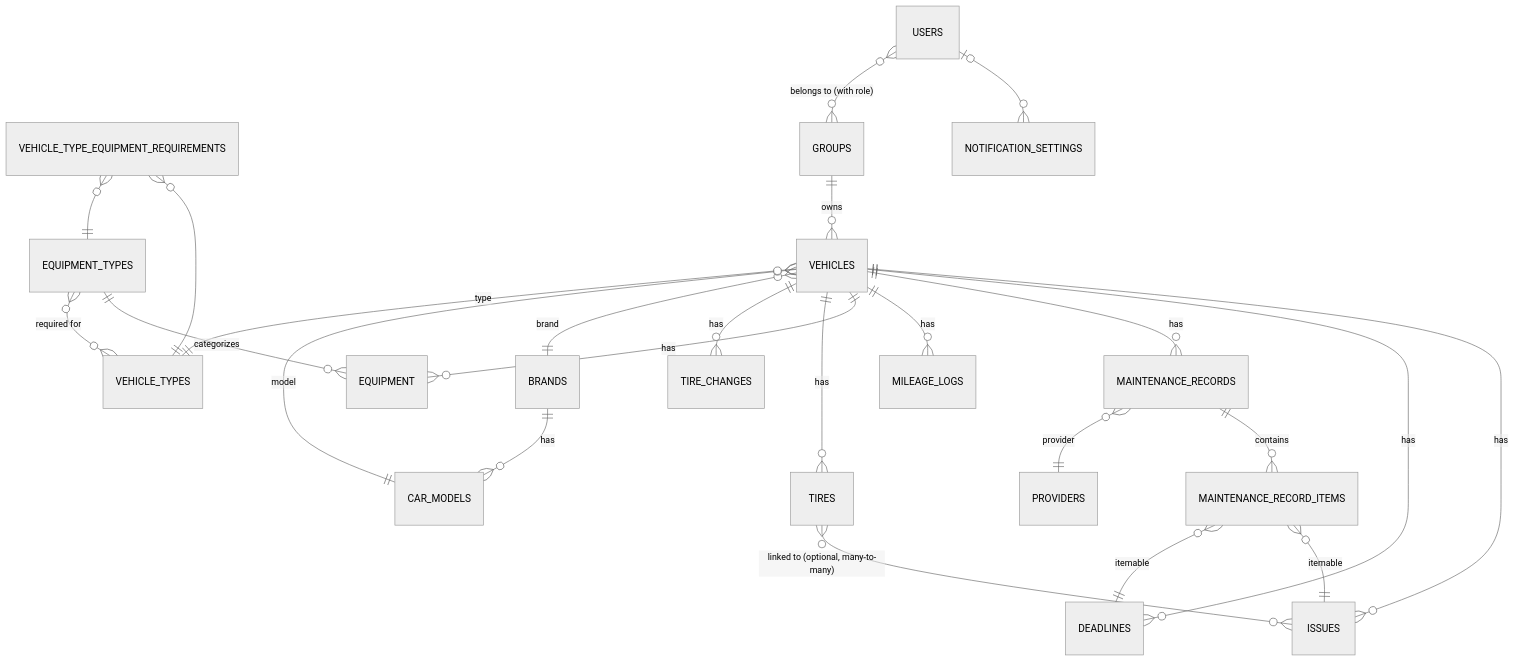
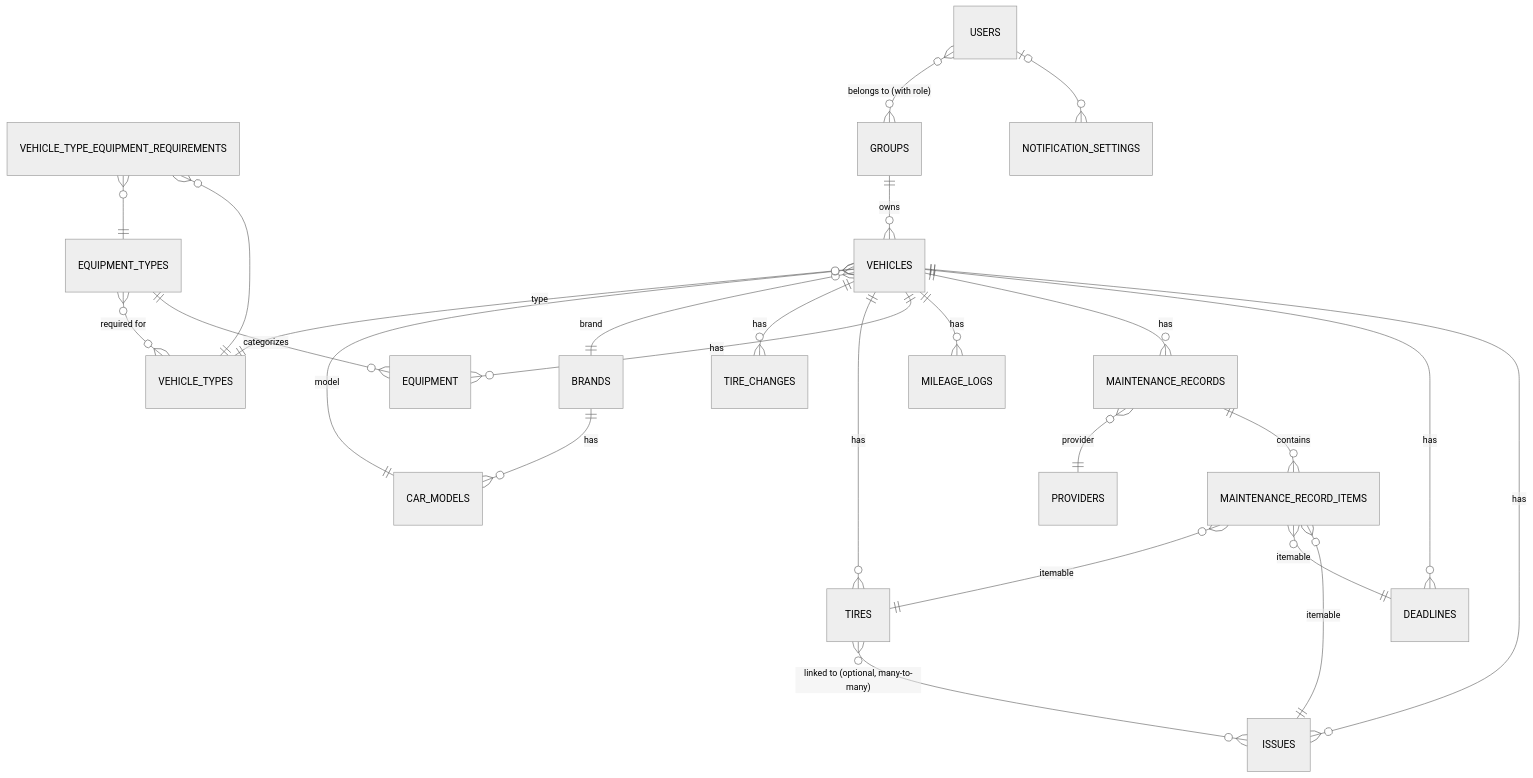
One commit to mirkobechini/CV_Backoffice changed the diagram in README.md. Above: the diagram before and after it, drawn with Mermaid (neutral theme). The commit also changed other lines of this file and 1 other file, not shown here.

First line of the commit message:
docs: align ADR and README with current architecture

````diff
--- a/README.md
+++ b/README.md
@@ -156,34 +157,35 @@
 ```mermaid
 erDiagram
     %% Vehicles and records
     VEHICLES ||--o{ ISSUES : "has"
     VEHICLES ||--o{ DEADLINES : "has"
     VEHICLES ||--o{ MAINTENANCE_RECORDS : "has"
     VEHICLES ||--o{ MILEAGE_LOGS : "has"
     VEHICLES ||--o{ EQUIPMENT : "has"
     VEHICLES ||--o{ TIRES : "has"
     VEHICLES ||--o{ TIRE_CHANGES : "has"
     TIRES }o--o{ ISSUES : "linked to (optional, many-to-many)"
     VEHICLES }o--|| BRANDS : "brand"
     VEHICLES }o--|| CAR_MODELS : "model"
     VEHICLES }o--|| VEHICLE_TYPES : "type"
 
     BRANDS ||--o{ CAR_MODELS : "has"
 
     EQUIPMENT_TYPES ||--o{ EQUIPMENT : "categorizes"
     EQUIPMENT_TYPES }o--o{ VEHICLE_TYPES : "required for"
 
     VEHICLE_TYPE_EQUIPMENT_REQUIREMENTS }o--|| VEHICLE_TYPES : ""
     VEHICLE_TYPE_EQUIPMENT_REQUIREMENTS }o--|| EQUIPMENT_TYPES : ""
 
     %% Polymorphic maintenance
     MAINTENANCE_RECORDS ||--o{ MAINTENANCE_RECORD_ITEMS : "contains"
     MAINTENANCE_RECORD_ITEMS }o--|| ISSUES : "itemable"
     MAINTENANCE_RECORD_ITEMS }o--|| DEADLINES : "itemable"
+    MAINTENANCE_RECORD_ITEMS }o--|| TIRES : "itemable"
     MAINTENANCE_RECORDS }o--|| PROVIDERS : "provider"
 
     %% Users and configuration
     USERS |o--o{ NOTIFICATION_SETTINGS : ""
     USERS }o--o{ GROUPS : "belongs to (with role)"
     GROUPS ||--o{ VEHICLES : "owns"
 ```
````
